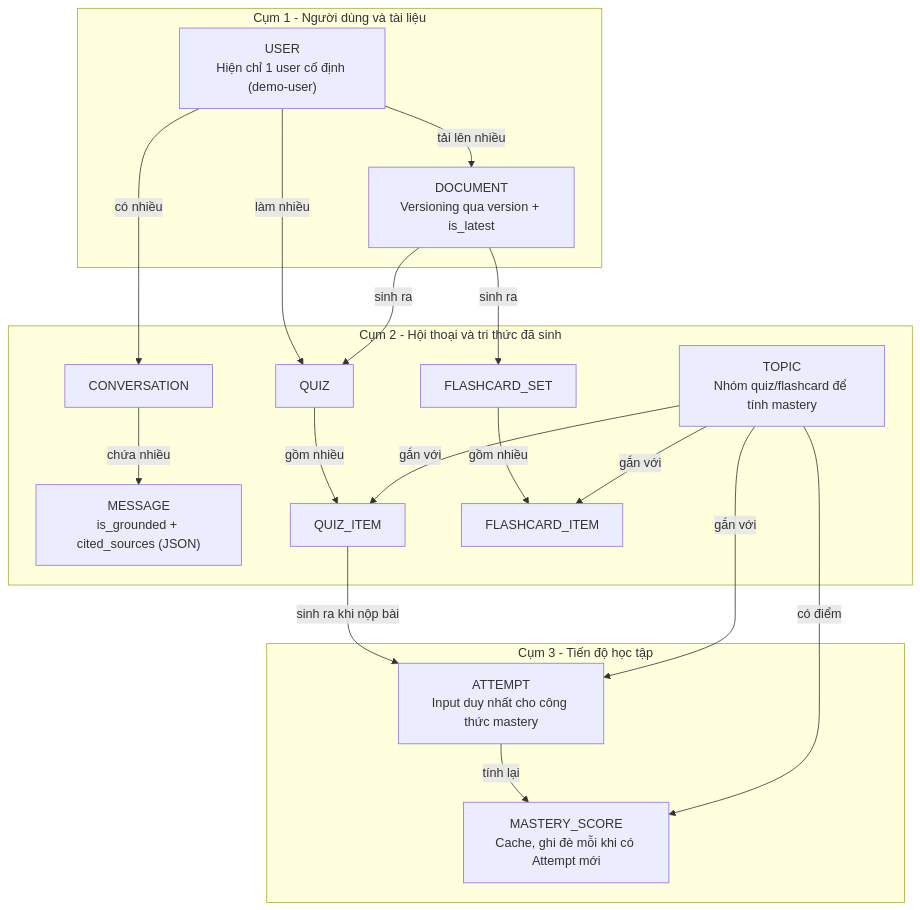
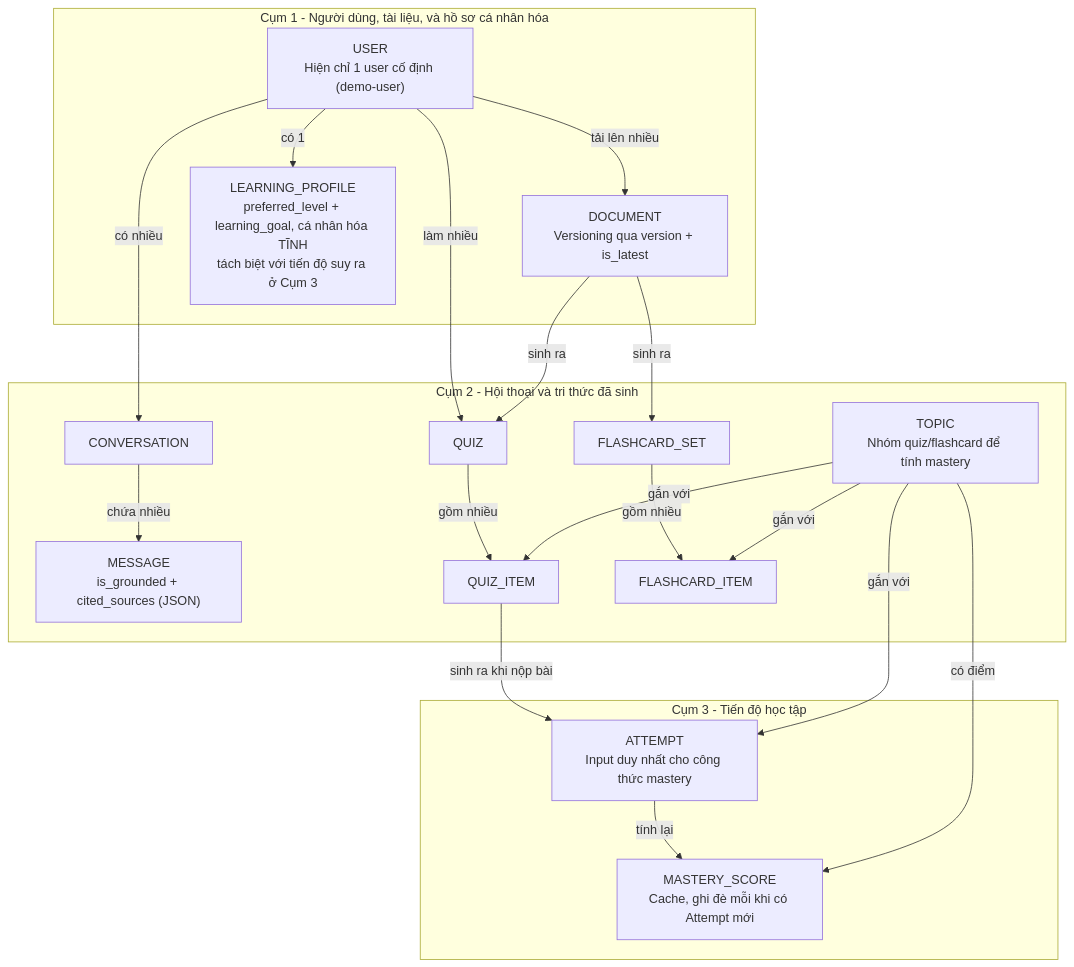
Before and after one commit to Thaihoangbach/LearningAssistant: the eighth of 11 diagrams in docs/architecture-diagrams.md, drawn with Mermaid. The commit also changed other lines of this file and 3 other files, not shown here.

````diff
--- a/docs/architecture-diagrams.md
+++ b/docs/architecture-diagrams.md
@@ -516,37 +516,39 @@
 ```mermaid
 flowchart TB
-    subgraph cum1["Cụm 1 - Người dùng và tài liệu"]
+    subgraph cum1["Cụm 1 - Người dùng, tài liệu, và hồ sơ cá nhân hóa"]
         USER["USER<br/>Hiện chỉ 1 user cố định (demo-user)"]
         DOCUMENT["DOCUMENT<br/>Versioning qua version + is_latest"]
+        PROFILE["LEARNING_PROFILE<br/>preferred_level + learning_goal, cá nhân hóa TĨNH<br/>tách biệt với tiến độ suy ra ở Cụm 3"]
     end
 
     subgraph cum2["Cụm 2 - Hội thoại và tri thức đã sinh"]
         CONV["CONVERSATION"]
         MSG["MESSAGE<br/>is_grounded + cited_sources (JSON)"]
         TOPIC["TOPIC<br/>Nhóm quiz/flashcard để tính mastery"]
         QUIZ["QUIZ"]
         QUIZITEM["QUIZ_ITEM"]
         FCSET["FLASHCARD_SET"]
         FCITEM["FLASHCARD_ITEM"]
     end
 
     subgraph cum3["Cụm 3 - Tiến độ học tập"]
         ATTEMPT["ATTEMPT<br/>Input duy nhất cho công thức mastery"]
         MASTERY["MASTERY_SCORE<br/>Cache, ghi đè mỗi khi có Attempt mới"]
     end
 
     USER -->|"tải lên nhiều"| DOCUMENT
+    USER -->|"có 1"| PROFILE
     USER -->|"có nhiều"| CONV
     CONV -->|"chứa nhiều"| MSG
     USER -->|"làm nhiều"| QUIZ
     DOCUMENT -->|"sinh ra"| QUIZ
     QUIZ -->|"gồm nhiều"| QUIZITEM
     TOPIC -->|"gắn với"| QUIZITEM
     DOCUMENT -->|"sinh ra"| FCSET
     FCSET -->|"gồm nhiều"| FCITEM
     TOPIC -->|"gắn với"| FCITEM
     QUIZITEM -->|"sinh ra khi nộp bài"| ATTEMPT
     TOPIC -->|"gắn với"| ATTEMPT
     ATTEMPT -->|"tính lại"| MASTERY
     TOPIC -->|"có điểm"| MASTERY
 ```
````
